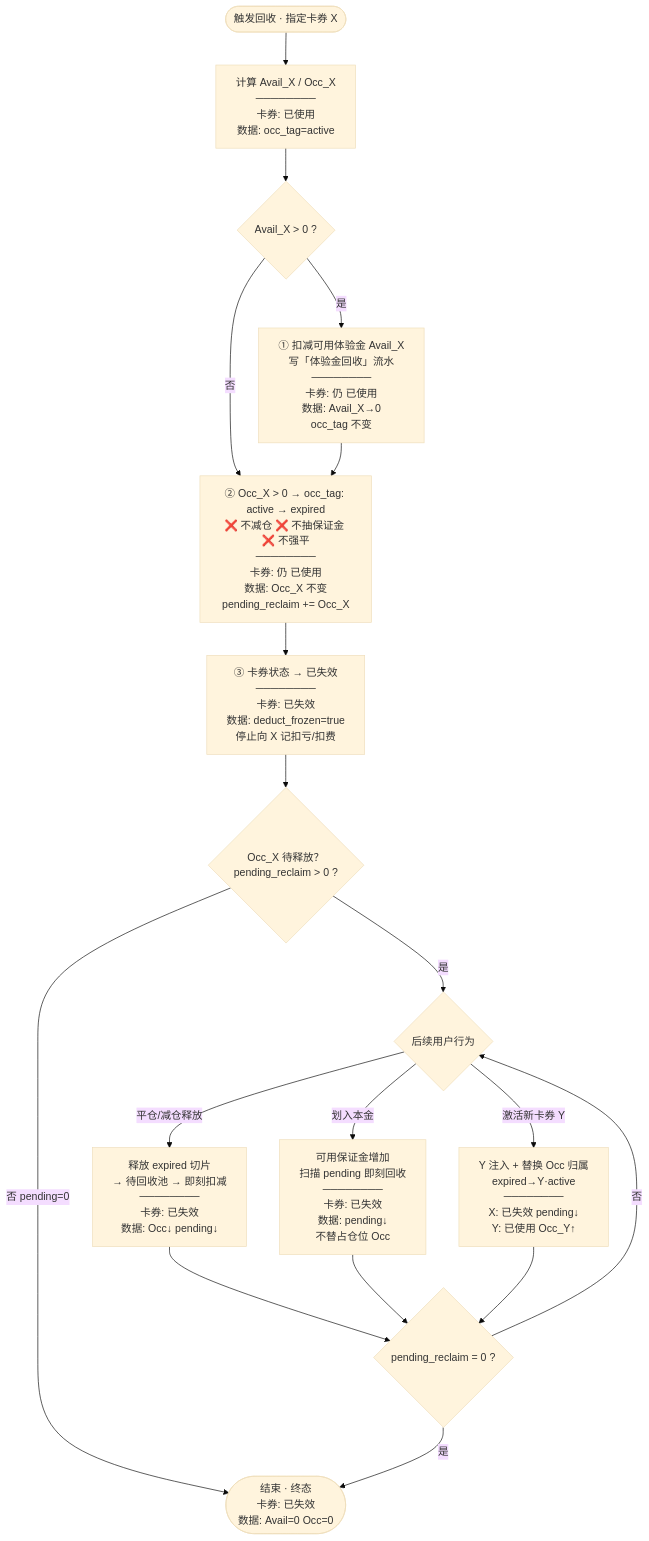
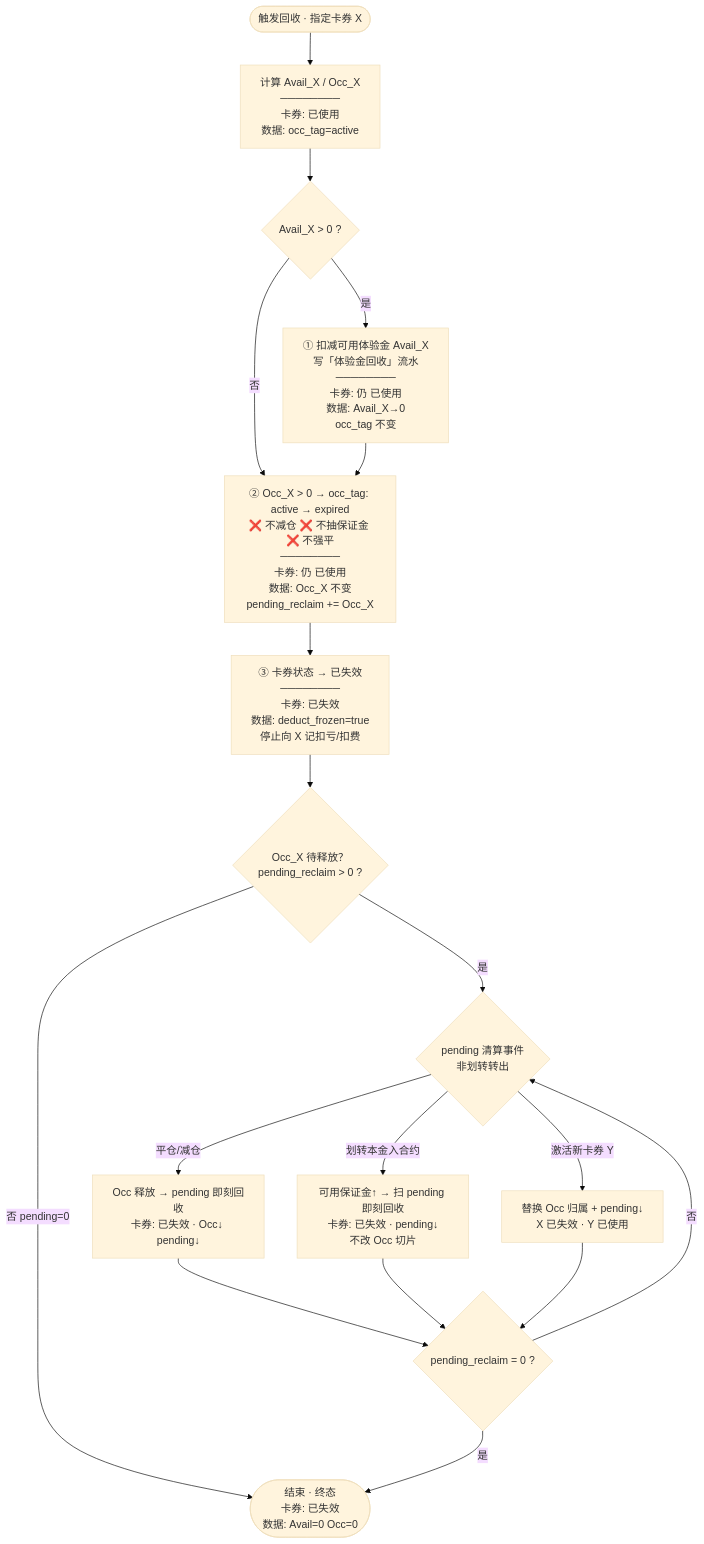
One commit to DashuaibiZZY/prototype changed the fifth of 10 diagrams in document/web&后台/体验金回收机制改版方案.md. Above: the diagram before and after it, drawn with Mermaid (base theme). The commit also changed other lines of this file and 2 other files, not shown here.

First line of the commit message:
文档：澄清双图分工与划转转出回收规则

````diff
--- a/document/web&后台/体验金回收机制改版方案.md
+++ b/document/web&后台/体验金回收机制改版方案.md
@@ -179,32 +212,32 @@
 ```mermaid
 flowchart TB
     START([触发回收 · 指定卡券 X]) --> CALC["计算 Avail_X / Occ_X<br/>────────<br/>卡券: 已使用<br/>数据: occ_tag=active"]
 
     CALC --> R1{Avail_X > 0 ?}
 
     R1 -->|是| R1A["① 扣减可用体验金 Avail_X<br/>写「体验金回收」流水<br/>────────<br/>卡券: 仍 已使用<br/>数据: Avail_X→0<br/>occ_tag 不变"]
     R1 -->|否| R2
     R1A --> R2
 
     R2["② Occ_X > 0 → occ_tag: active → expired<br/>❌ 不减仓 ❌ 不抽保证金 ❌ 不强平<br/>────────<br/>卡券: 仍 已使用<br/>数据: Occ_X 不变<br/>pending_reclaim += Occ_X"]
     R2 --> R3
 
     R3["③ 卡券状态 → 已失效<br/>────────<br/>卡券: 已失效<br/>数据: deduct_frozen=true<br/>停止向 X 记扣亏/扣费"]
 
     R3 --> WAIT{Occ_X 待释放？<br/>pending_reclaim > 0 ?}
 
     WAIT -->|否 pending=0| END(["结束 · 终态<br/>卡券: 已失效<br/>数据: Avail=0 Occ=0"])
 
-    WAIT -->|是| EVT{后续用户行为}
+    WAIT -->|是| EVT{pending 清算事件<br/>非划转转出}
 
-    EVT -->|平仓/减仓释放| E1["释放 expired 切片<br/>→ 待回收池 → 即刻扣减<br/>────────<br/>卡券: 已失效<br/>数据: Occ↓ pending↓"]
-    EVT -->|划入本金| E2["可用保证金增加<br/>扫描 pending 即刻回收<br/>────────<br/>卡券: 已失效<br/>数据: pending↓<br/>不替占仓位 Occ"]
-    EVT -->|激活新卡券 Y| E3["Y 注入 + 替换 Occ 归属<br/>expired→Y·active<br/>────────<br/>X: 已失效 pending↓<br/>Y: 已使用 Occ_Y↑"]
+    EVT -->|平仓/减仓| E1["Occ 释放 → pending 即刻回收<br/>卡券: 已失效 · Occ↓ pending↓"]
+    EVT -->|划转本金入合约| E2["可用保证金↑ → 扫 pending 即刻回收<br/>卡券: 已失效 · pending↓<br/>不改 Occ 切片"]
+    EVT -->|激活新卡券 Y| E3["替换 Occ 归属 + pending↓<br/>X 已失效 · Y 已使用"]
 
     E1 --> CHECK{pending_reclaim = 0 ?}
     E2 --> CHECK
     E3 --> CHECK
 
     CHECK -->|是| END
     CHECK -->|否| EVT
 ```
````
